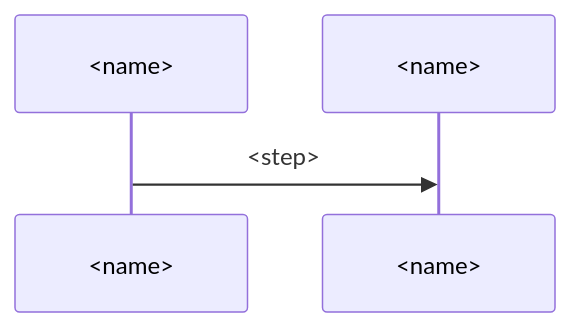
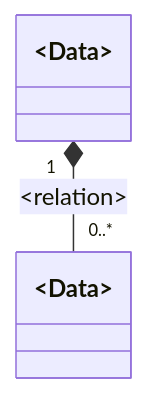
The fourth of 6 diagrams in plugins/rn/domain/best-practices/architecture/template.md (lovaizu/ccpm), drawn with Mermaid before and after one commit. The commit also changed other lines of this file and 18 other files, not shown here.

````diff
--- a/plugins/rn/domain/best-practices/architecture/template.md
+++ b/plugins/rn/domain/best-practices/architecture/template.md
@@ -88,6 +119,6 @@
 ```mermaid
-sequenceDiagram
-  participant A as #lt;name#gt;
-  participant B as #lt;name#gt;
-  A->>B: #lt;step#gt;
+classDiagram
+  class Whole["#lt;Data#gt;"]
+  class Part["#lt;Data#gt;"]
+  Whole "1" *-- "0..*" Part : #lt;relation#gt;
 ```
````
